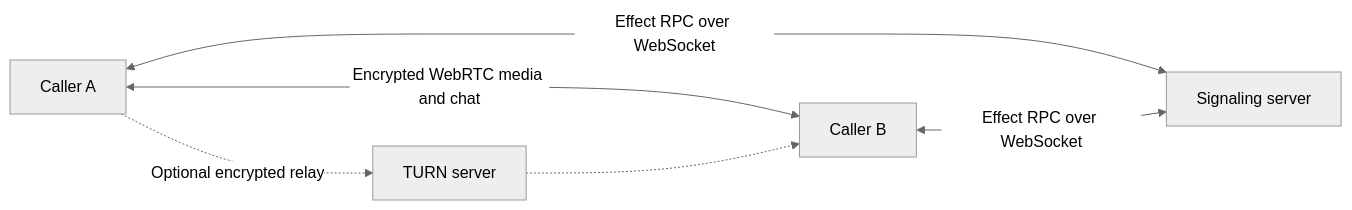
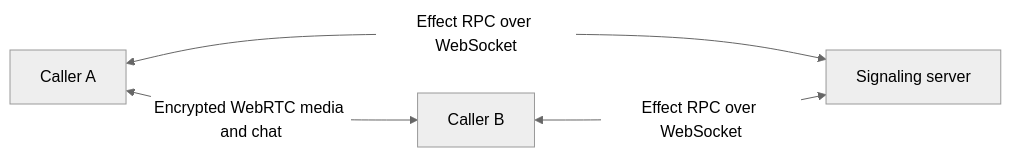
One commit to nikhilsnayak/tether changed the diagram in README.md. Above: the diagram before and after it, drawn with Mermaid (neutral theme). The commit also changed other lines of this file and 44 other files, not shown here.

````diff
--- a/README.md
+++ b/README.md
@@ -54,8 +54,6 @@
 ```mermaid
 flowchart LR
     A[Caller A] <-->|Effect RPC over WebSocket| S[Signaling server]
     B[Caller B] <-->|Effect RPC over WebSocket| S
     A <-->|Encrypted WebRTC media and chat| B
-    A -.->|Optional encrypted relay| T[TURN server]
-    T -.-> B
 ```
````
